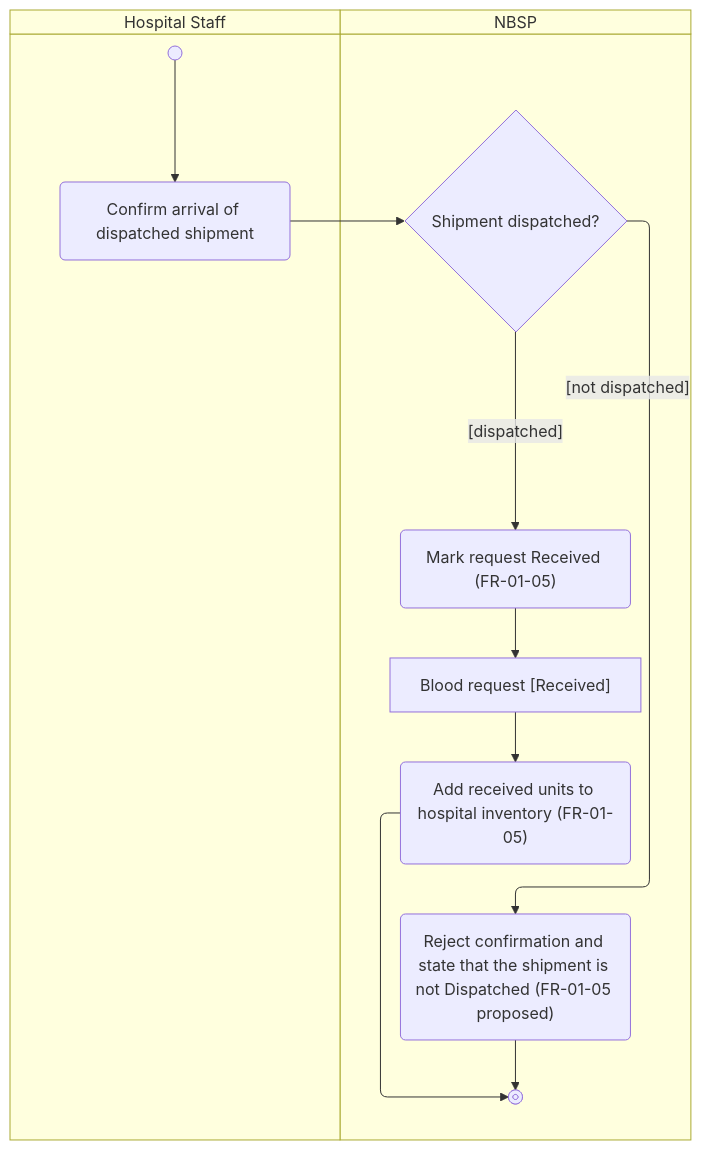
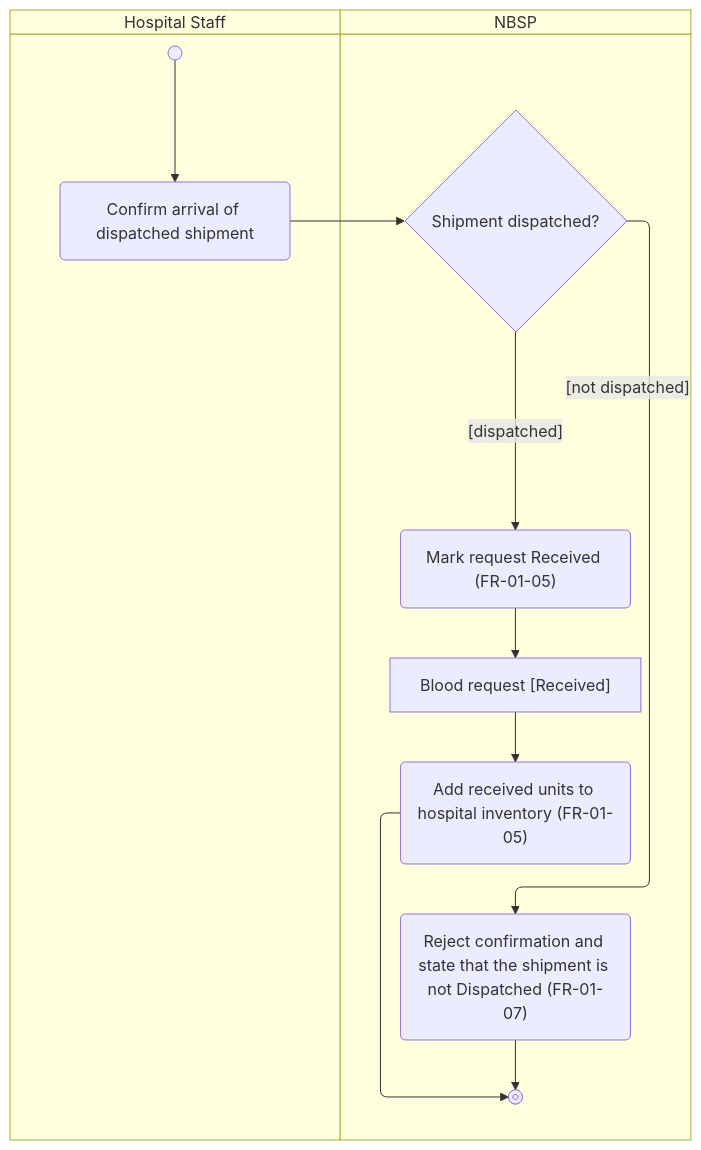
The diagram in activity/AD-UC-03.md (Nhan2772/DBIZ2-GROUPC-NationalBloodSupplyPlatform), drawn with Mermaid before and after one commit. The commit also changed other lines of this file and 7 other files, not shown here.

````diff
--- a/activity/AD-UC-03.md
+++ b/activity/AD-UC-03.md
@@ -22,18 +22,18 @@
 ```mermaid
 swimlane-beta TB
   subgraph HS["Hospital Staff"]
     start@{ shape: sm-circ }
     a1("Confirm arrival of dispatched shipment")
   end
   subgraph SYS["NBSP"]
     d1{"Shipment dispatched?"}
     s1("Mark request Received (FR-01-05)")
     o1["Blood request [Received]"]
     s2("Add received units to hospital inventory (FR-01-05)")
-    s3("Reject confirmation and state that the shipment is not Dispatched (FR-01-05 proposed)")
+    s3("Reject confirmation and state that the shipment is not Dispatched (FR-01-07)")
     stop1@{ shape: fr-circ }
   end
   start --> a1 --> d1
   d1 -->|"[dispatched]"| s1 --> o1 --> s2 --> stop1
   d1 -->|"[not dispatched]"| s3 --> stop1
 ```
````
